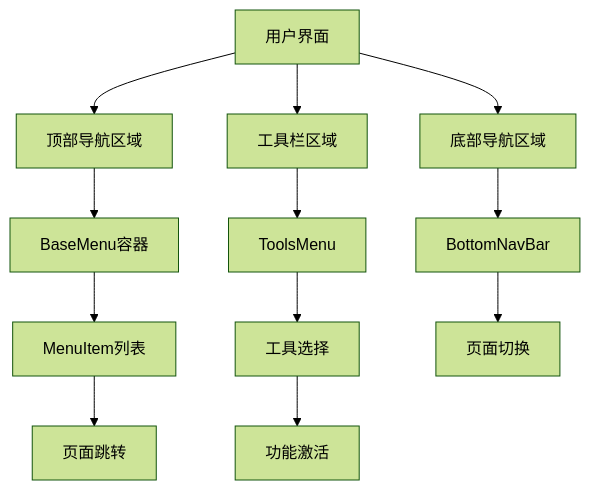
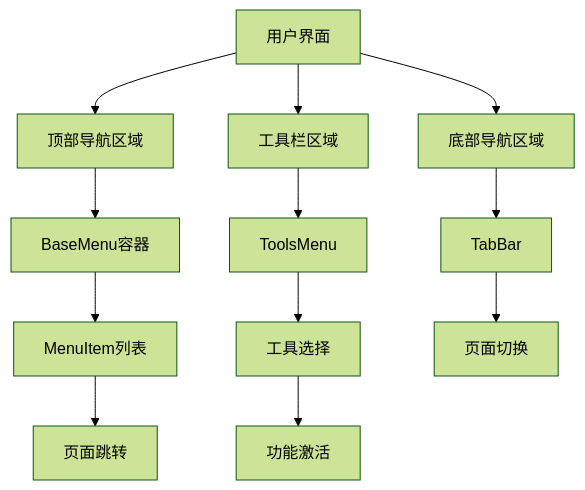
The diagram in .trae/documents/菜单设计系统规范.md (lmq-xzmx/Memorize_words), drawn with Mermaid (forest theme) before and after one commit. The commit also changed other lines of this file and 222 other files, not shown here.

````diff
--- a/.trae/documents/菜单设计系统规范.md
+++ b/.trae/documents/菜单设计系统规范.md
@@ -49,17 +49,17 @@
 ```mermaid
 graph TD
     A[用户界面] --> B[顶部导航区域]
     A --> C[工具栏区域]
     A --> D[底部导航区域]
     
     B --> E[BaseMenu容器]
     E --> F[MenuItem列表]
     F --> G[页面跳转]
     
     C --> H[ToolsMenu]
     H --> I[工具选择]
     I --> J[功能激活]
     
-    D --> K[BottomNavBar]
+    D --> K[TabBar]
     K --> L[页面切换]
 ```
````
